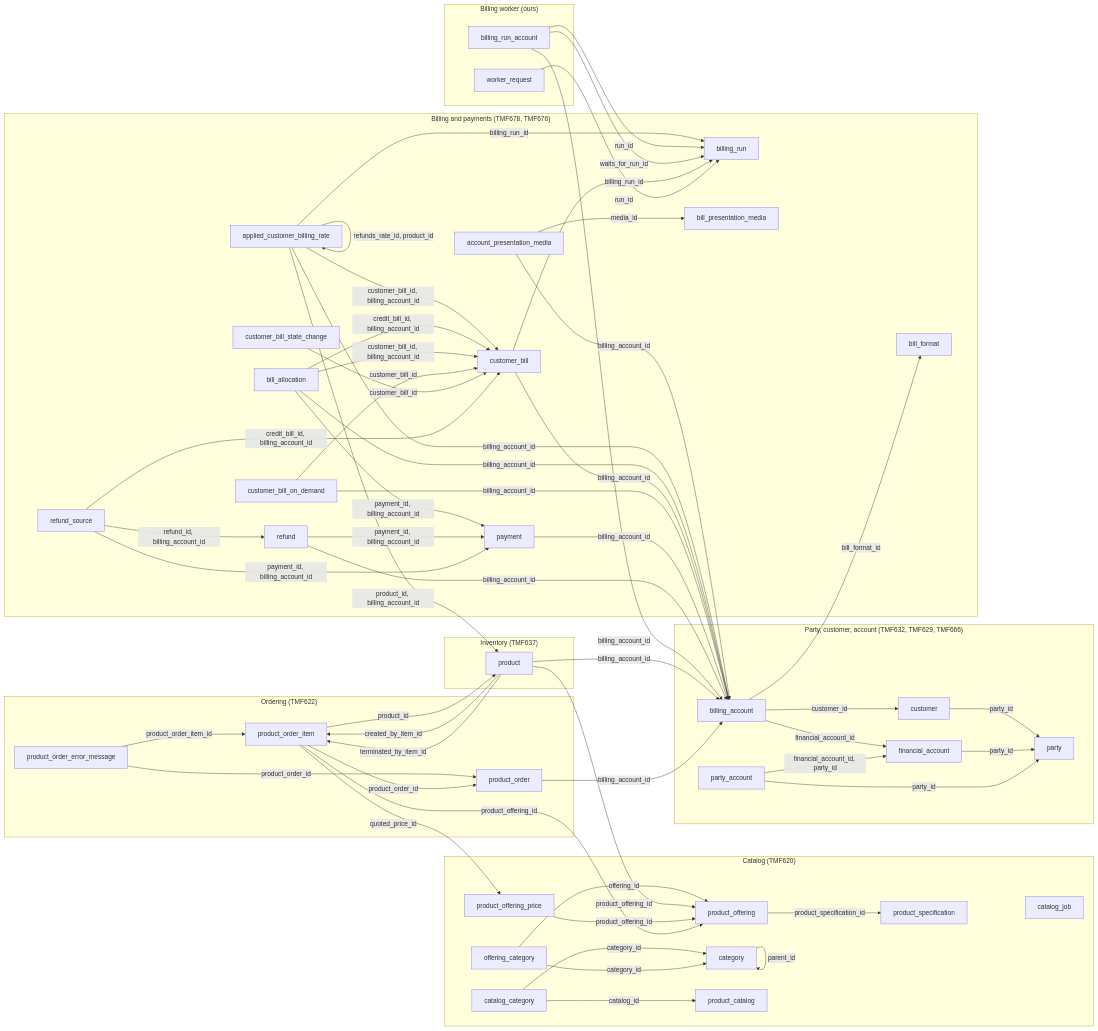
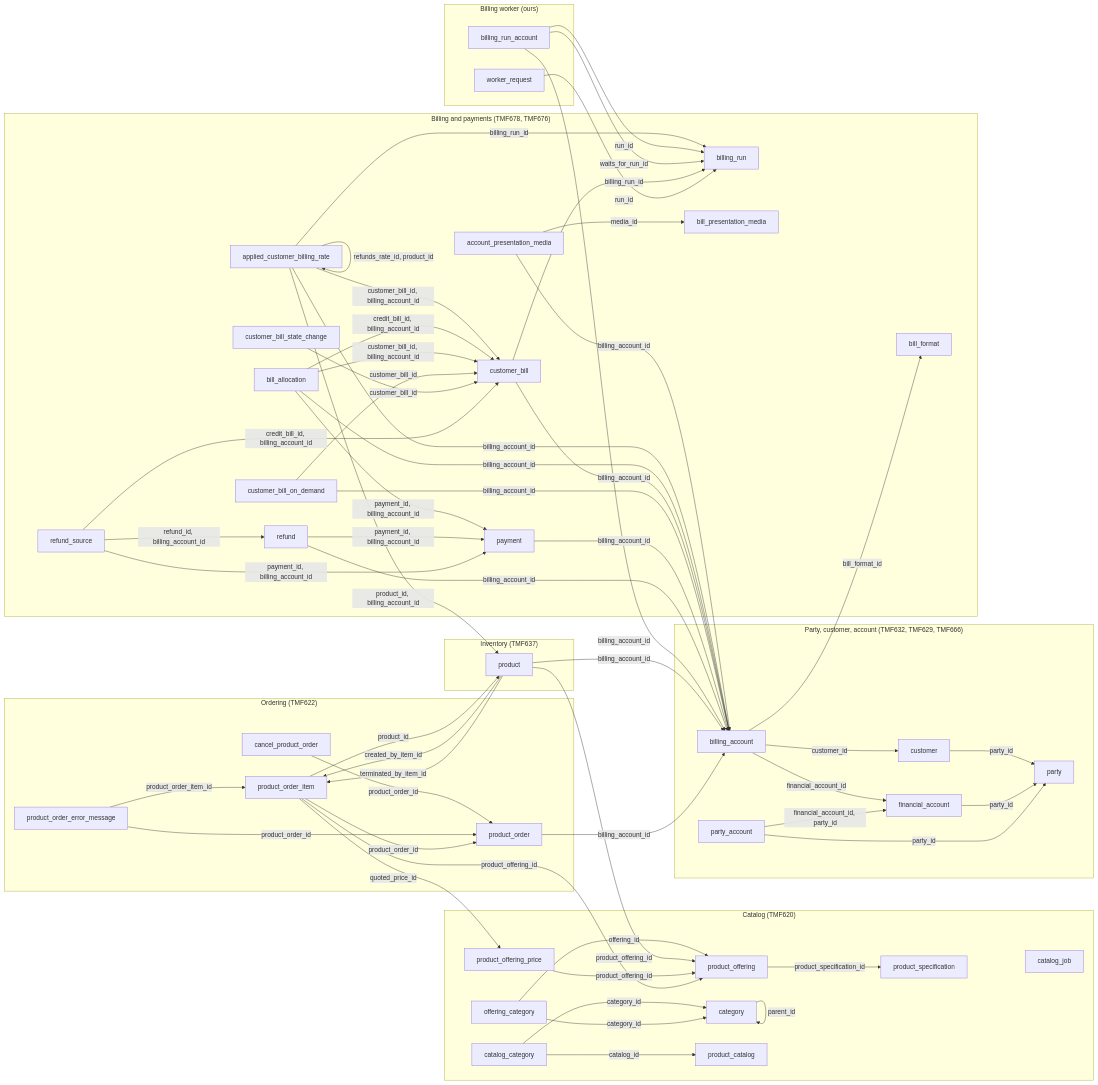
One commit to altharmz/bss changed the first of 7 diagrams in docs/db/README.md. Above: the diagram before and after it, drawn with Mermaid. The commit also changed other lines of this file and 32 other files, not shown here.

```diff
--- a/docs/db/README.md
+++ b/docs/db/README.md
@@ -65,6 +66,7 @@
     product_order[product_order]
     product_order_item[product_order_item]
     product_order_error_message[product_order_error_message]
+    cancel_product_order[cancel_product_order]
   end
   subgraph area_inventory["Inventory (TMF637)"]
     product[product]
@@ -104,6 +106,7 @@
   billing_run_account -->|"billing_account_id"| billing_account
   billing_run_account -->|"run_id"| billing_run
   billing_run_account -->|"waits_for_run_id"| billing_run
+  cancel_product_order -->|"product_order_id"| product_order
   catalog_category -->|"catalog_id"| product_catalog
   catalog_category -->|"category_id"| category
   category -->|"parent_id"| category
```
